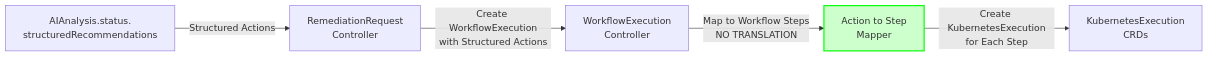
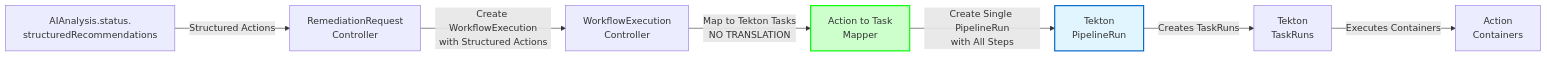
The diagram in docs/services/crd-controllers/03-workflowexecution/integration-points.md (jordigilh/kubernaut), drawn with Mermaid before and after one commit. The commit also changed other lines of this file and 504 other files, not shown here.

````diff
--- a/docs/services/crd-controllers/03-workflowexecution/integration-points.md
+++ b/docs/services/crd-controllers/03-workflowexecution/integration-points.md
@@ -181,9 +311,12 @@
 ```mermaid
 graph LR
     AI[AIAnalysis.status.<br/>structuredRecommendations] -->|Structured Actions| REM[RemediationRequest<br/>Controller]
     REM -->|Create WorkflowExecution<br/>with Structured Actions| WF[WorkflowExecution<br/>Controller]
-    WF -->|Map to Workflow Steps<br/>NO TRANSLATION| MAPPER[Action to Step<br/>Mapper]
-    MAPPER -->|Create KubernetesExecution<br/>for Each Step| EXEC[KubernetesExecution<br/>CRDs]
+    WF -->|Map to Tekton Tasks<br/>NO TRANSLATION| MAPPER[Action to Task<br/>Mapper]
+    MAPPER -->|Create Single PipelineRun<br/>with All Steps| PR[Tekton<br/>PipelineRun]
+    PR -->|Creates TaskRuns| TR[Tekton<br/>TaskRuns]
+    TR -->|Executes Containers| POD[Action<br/>Containers]
 
     style MAPPER fill:#ccffcc,stroke:#00ff00,stroke-width:2px
+    style PR fill:#e1f5ff,stroke:#0066cc,stroke-width:2px
 ```
````
